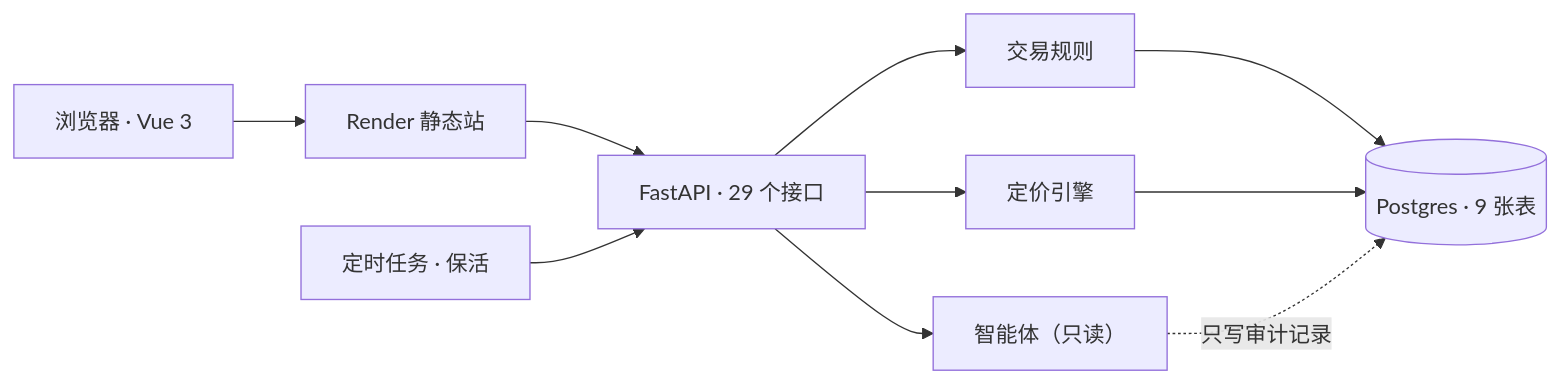
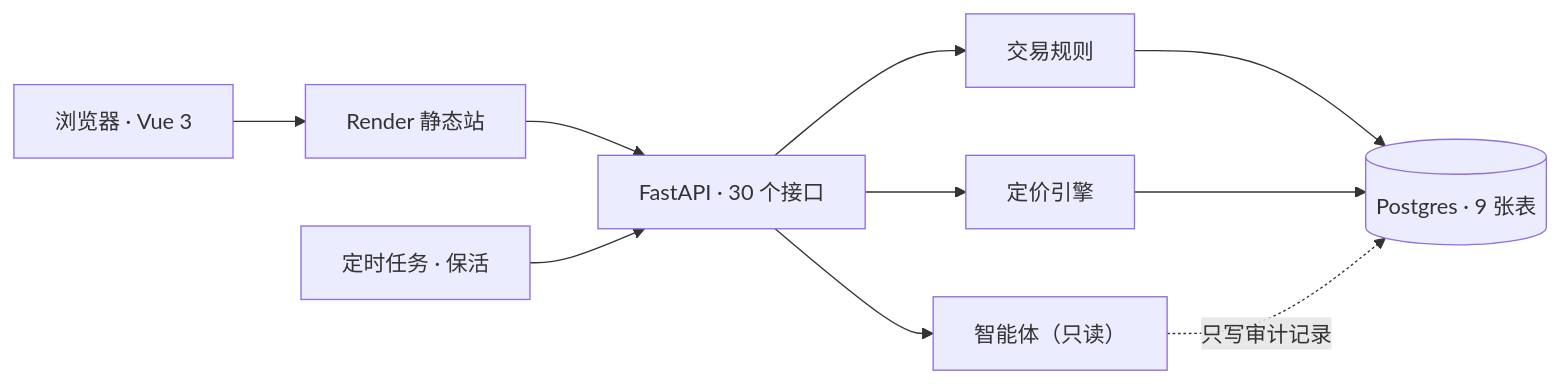
The diagram in docs/slides/slides.md (July75-bit/Innovation), drawn with Mermaid before and after one commit. The commit also changed other lines of this file and 15 other files, not shown here.

````diff
--- a/docs/slides/slides.md
+++ b/docs/slides/slides.md
@@ -400,12 +400,12 @@
 ```mermaid {scale: 0.78}
 flowchart LR
   B["浏览器 · Vue 3"] --> S["Render 静态站"]
-  S --> A["FastAPI · 29 个接口"]
+  S --> A["FastAPI · 30 个接口"]
   A --> R["交易规则"]
   A --> C["定价引擎"]
   A --> I["智能体（只读）"]
   R --> D[("Postgres · 9 张表")]
   C --> D
   I -.只写审计记录.-> D
   H["定时任务 · 保活"] --> A
 ```
````
